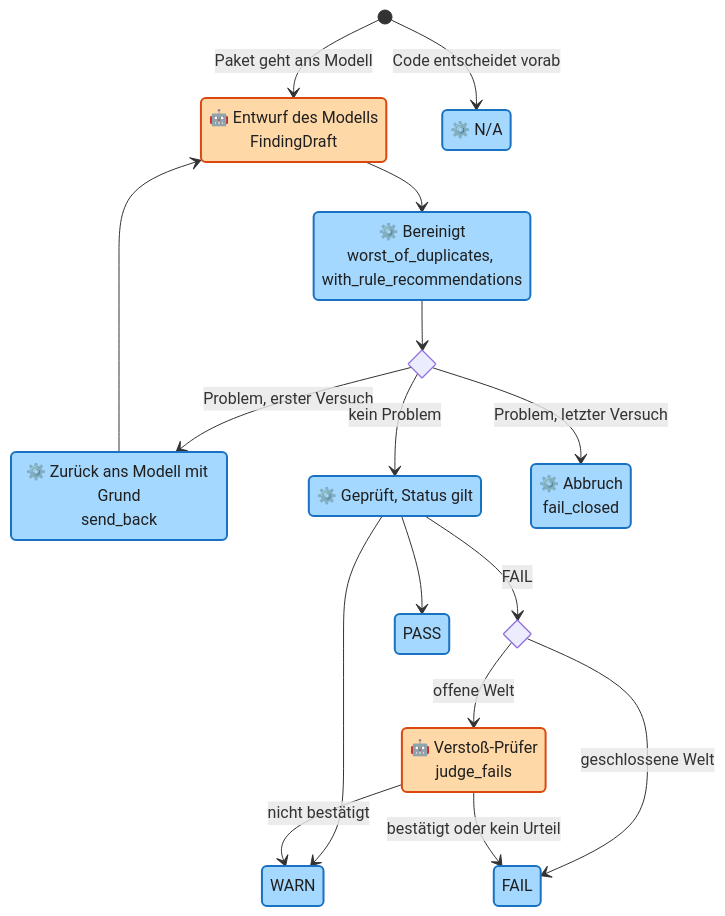
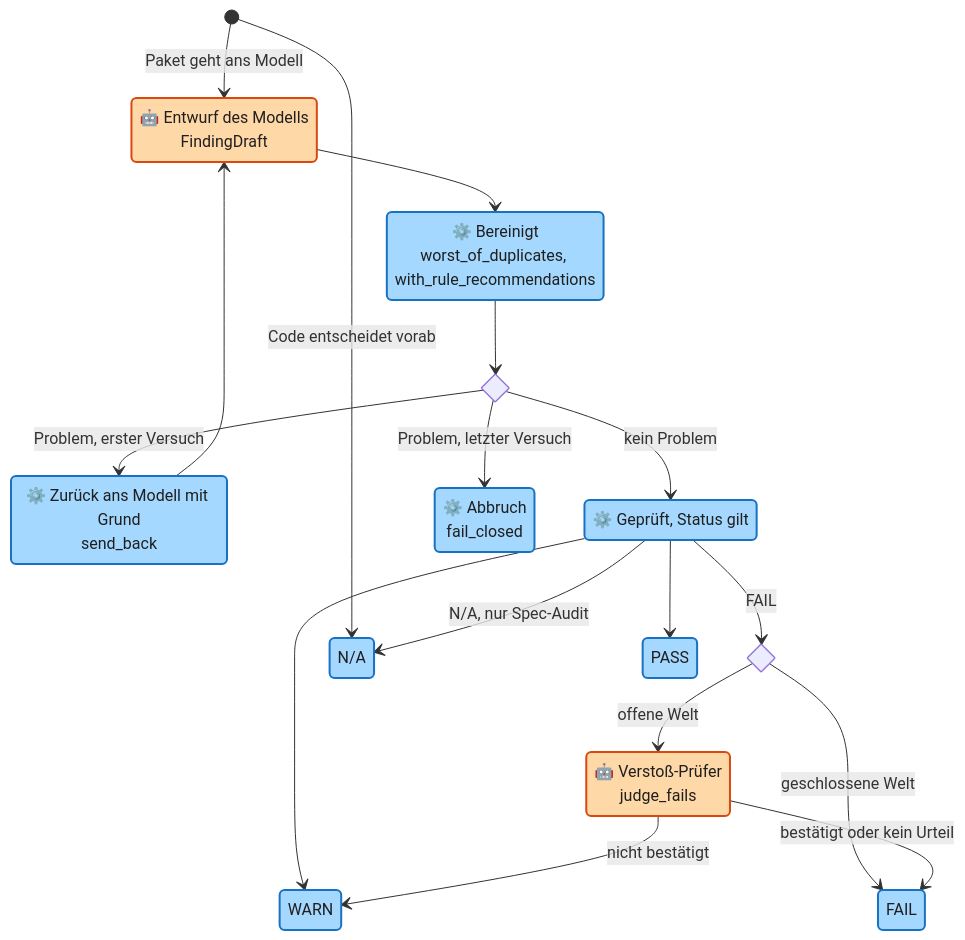
Before and after one commit to Daniel74/GovGuard: diagram 11 of 25 in docs/ARCHITECTURE.md, drawn with Mermaid. The commit also changed other lines of this file and 8 other files, not shown here.

Commit message:
#73 Architecture - second version

````diff
--- a/docs/ARCHITECTURE.md
+++ b/docs/ARCHITECTURE.md
@@ -868,35 +1299,36 @@
 ```mermaid
 stateDiagram-v2
   direction TB
   state "🤖 Entwurf des Modells<br/>FindingDraft" as Draft
   state "⚙️ Bereinigt<br/>worst_of_duplicates, with_rule_recommendations" as Clean
   state gate <<choice>>
   state "⚙️ Zurück ans Modell mit Grund<br/>send_back" as Retry
   state "⚙️ Geprüft, Status gilt" as Checked
   state judge <<choice>>
   state "🤖 Verstoß-Prüfer<br/>judge_fails" as Judge
   state "⚙️ Abbruch<br/>fail_closed" as Abort
-  state "⚙️ N/A" as NA
+  state "N/A" as NA
   state "PASS" as PASS
   state "WARN" as WARN
   state "FAIL" as FAIL
   [*] --> NA : Code entscheidet vorab
   [*] --> Draft : Paket geht ans Modell
   Draft --> Clean
   Clean --> gate
   gate --> Retry : Problem, erster Versuch
   Retry --> Draft
   gate --> Abort : Problem, letzter Versuch
   gate --> Checked : kein Problem
   Checked --> PASS
   Checked --> WARN
+  Checked --> NA : N/A, nur Spec-Audit
   Checked --> judge : FAIL
   judge --> Judge : offene Welt
   judge --> FAIL : geschlossene Welt
   Judge --> FAIL : bestätigt oder kein Urteil
   Judge --> WARN : nicht bestätigt
   class Draft, Judge llm
   class Clean, Retry, Checked, Abort, NA, PASS, WARN, FAIL code
   classDef llm fill:#ffd8a8,stroke:#d9480f,color:#1f1f1f,stroke-width:2px
   classDef code fill:#a5d8ff,stroke:#1971c2,color:#1f1f1f,stroke-width:2px
 ```
````
